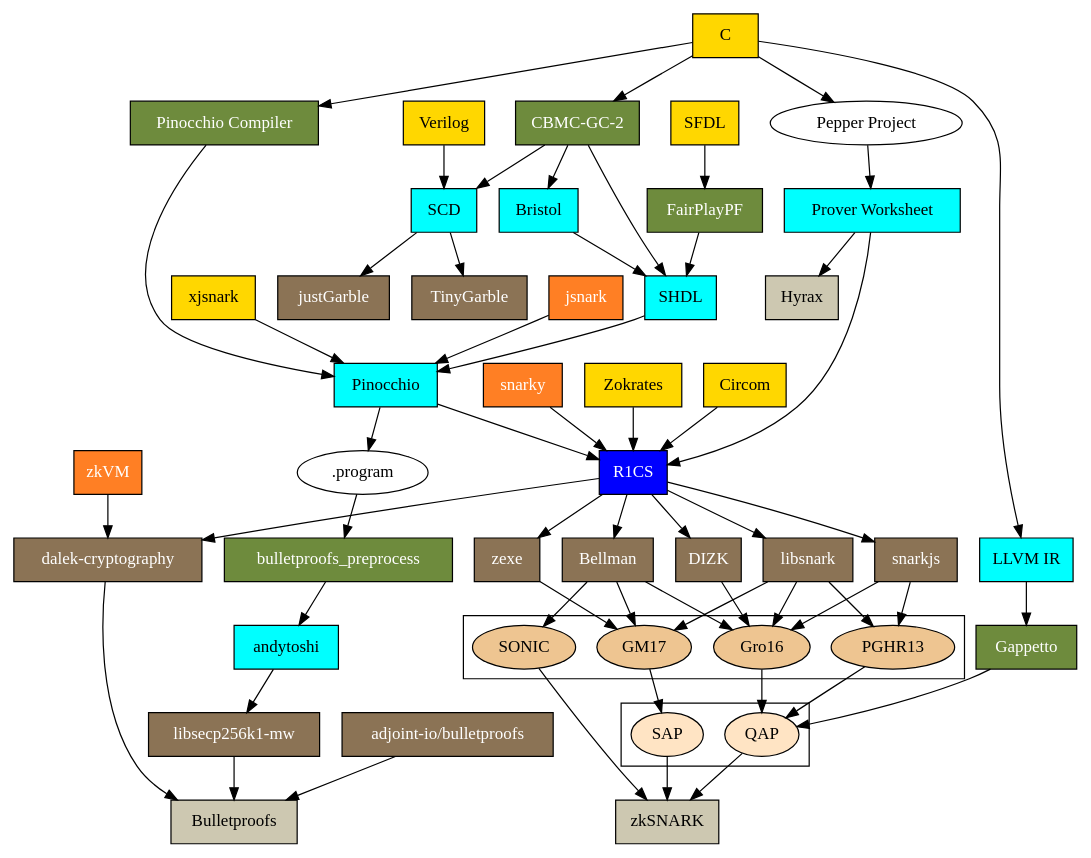
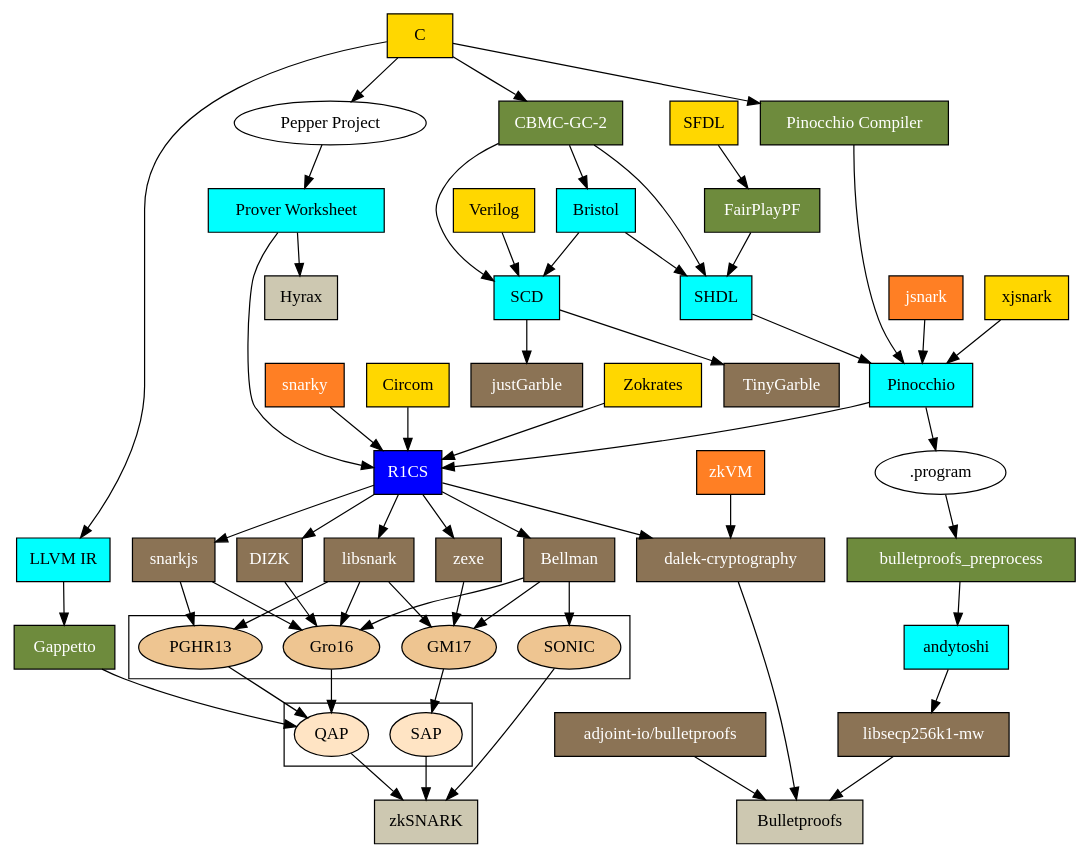
One commit to HarryR/zklangs changed the diagram in hll-graph.dot. Above: the diagram before and after it, drawn with Graphviz. The commit also changed 2 other files, not shown here.

```diff
--- a/hll-graph.dot
+++ b/hll-graph.dot
@@ -144,6 +144,7 @@
         
         # https://homes.esat.kuleuven.be/~nsmart/MPC/
         "Bristol" [shape=box, fillcolor=cyan, style=filled];
+        "Bristol" -> "SCD";
         
         # http://www.cs.huji.ac.il/project/Fairplay/Fairplay/Fairplay.pdf
         # https://github.com/ciphron/sfdl_to_scdl
```
